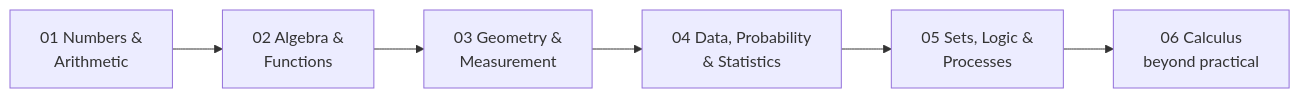
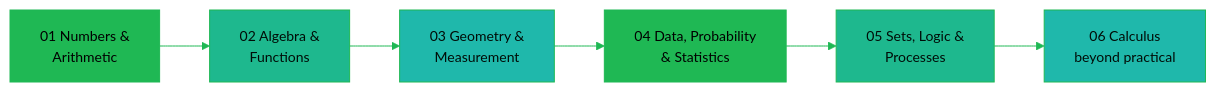
Before and after one commit to oat431/general-knowledge: the diagram in Mathematics/Cheat_Sheet/00_Index.md, drawn with Mermaid. The commit also changed other lines of this file and 50 other files, not shown here.

````diff
--- a/Mathematics/Cheat_Sheet/00_Index.md
+++ b/Mathematics/Cheat_Sheet/00_Index.md
@@ -23,15 +23,16 @@
 ```mermaid
+%%{init: {'theme':'base','themeVariables':{'primaryColor':'#19362D','primaryTextColor':'#CDD3D1','primaryBorderColor':'#1FB854','lineColor':'#1FB854','background':'#1B1717','mainBkg':'#19362D','clusterBkg':'#161212','edgeLabelBackground':'#161212','titleColor':'#1FB854','fontSize':'14px'}}}%%
 flowchart LR
     A["01 Numbers &<br/>Arithmetic"] --> B["02 Algebra &<br/>Functions"]
     B --> C["03 Geometry &<br/>Measurement"]
     C --> D["04 Data, Probability<br/>& Statistics"]
     D --> E["05 Sets, Logic &<br/>Processes"]
     E --> F["06 Calculus<br/>beyond practical"]
 
-    style A fill:#1FB854#000000
-    style B fill:#1EB88E#000C07
-    style C fill:#1FB8AB#010C0B
-    style D fill:#1FB854#000000
-    style E fill:#1EB88E#000C07
-    style F fill:#1FB8AB#010C0B
+    style A fill:#1FB854,color:#000000
+    style B fill:#1EB88E,color:#000C07
+    style C fill:#1FB8AB,color:#000C07
+    style D fill:#1FB854,color:#000000
+    style E fill:#1EB88E,color:#000C07
+    style F fill:#1FB8AB,color:#000C07
 ```
````
